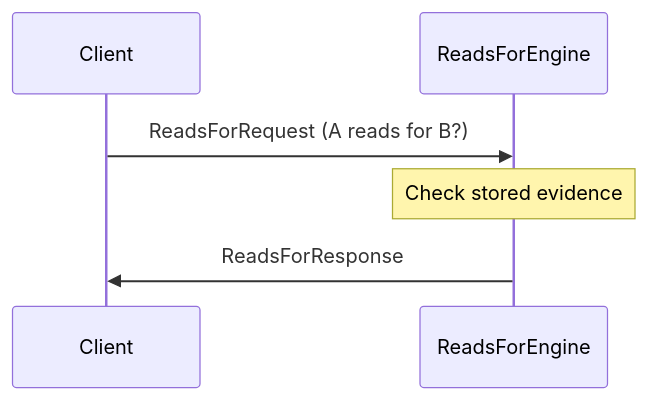
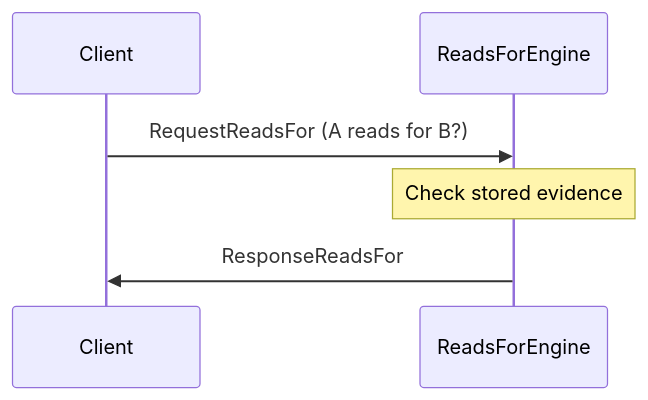
Before and after one commit to anoma/nspec: the second of 3 diagrams in docs/arch/node/engines/reads_for_messages.juvix.md, drawn with Mermaid. The commit also changed other lines of this file and 7 other files, not shown here.

````diff
--- a/docs/arch/node/engines/reads_for_messages.juvix.md
+++ b/docs/arch/node/engines/reads_for_messages.juvix.md
@@ -168,9 +173,9 @@
 ```mermaid
 sequenceDiagram
     participant Client
     participant ReadsForEngine
 
-    Client->>ReadsForEngine: ReadsForRequest (A reads for B?)
+    Client->>ReadsForEngine: RequestReadsFor (A reads for B?)
     Note over ReadsForEngine: Check stored evidence
-    ReadsForEngine->>Client: ReadsForResponse
+    ReadsForEngine->>Client: ResponseReadsFor
 ```
````
